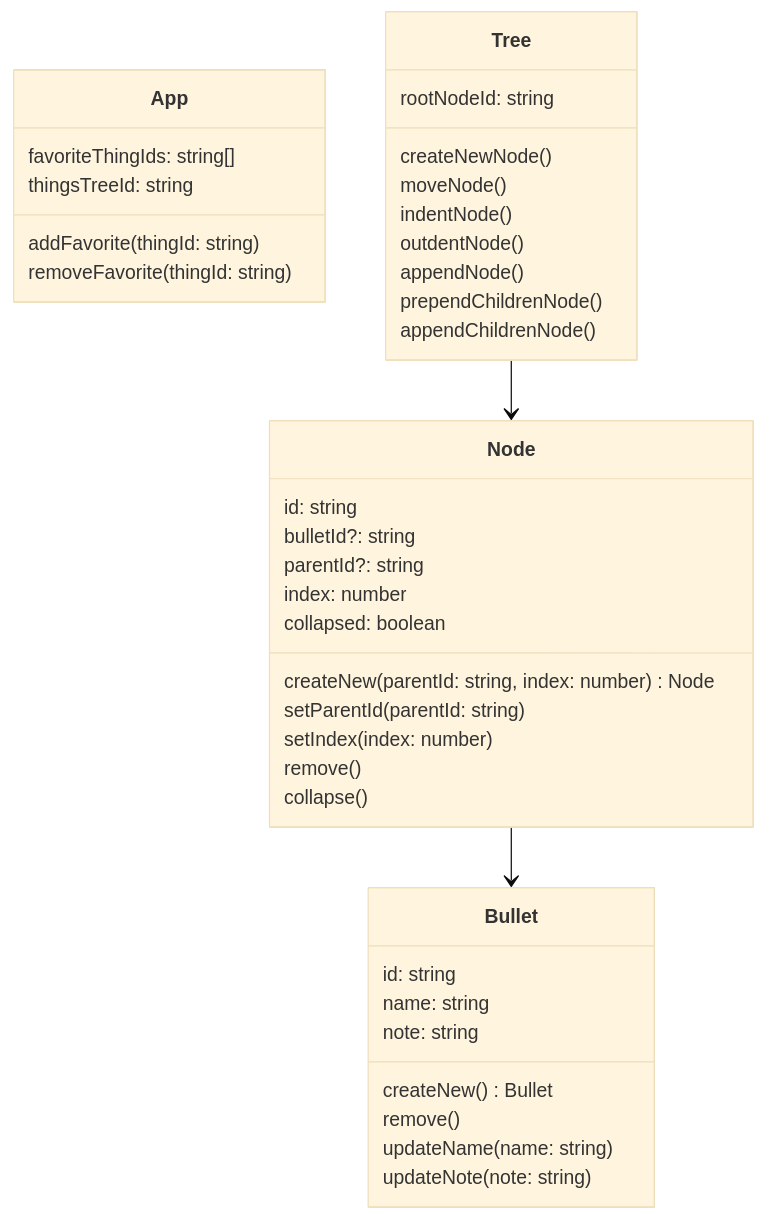
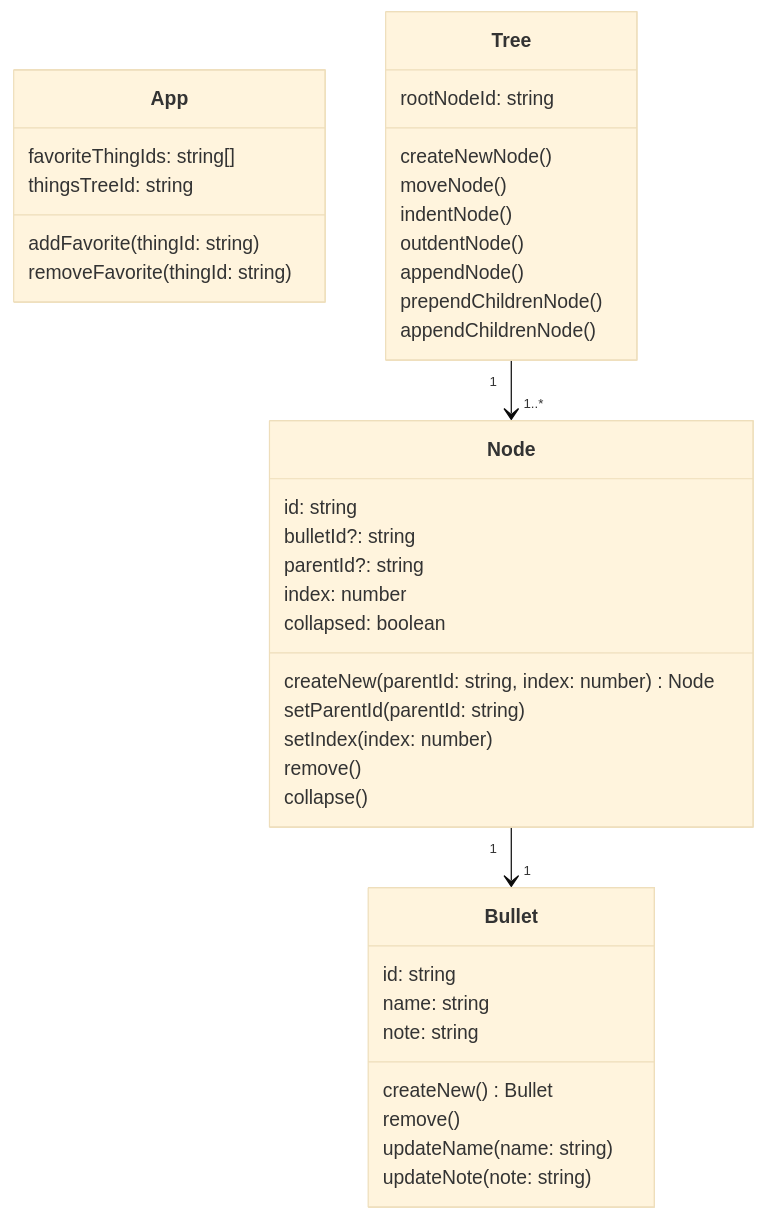
Before and after one commit to wes5510/voyl: the diagram in README.md, drawn with Mermaid (base theme).

Commit message:
chore: Add related links to classes

````diff
--- a/README.md
+++ b/README.md
@@ -37,46 +37,46 @@
 ```mermaid
 classDiagram
 	class App {
 		favoriteThingIds: string[]
 		thingsTreeId: string
 		addFavorite(thingId: string)
 		removeFavorite(thingId: string)
 	}
 	
 	class Bullet {
 		id: string
 		name: string
 		note: string
 	  createNew() Bullet
 	  remove()
 	  updateName(name: string)
 	  updateNote(note: string)
 	}
 	
 	class Tree {
 		rootNodeId: string
 		createNewNode()
 		moveNode()
 		indentNode()
 		outdentNode()
 		appendNode()
 		prependChildrenNode()
 		appendChildrenNode()
 	}
 	
 	class Node {
 		id: string
 		bulletId?: string
 		parentId?: string
 		index: number
 		collapsed: boolean
 		createNew(parentId: string, index: number) Node
 		setParentId(parentId: string)
 		setIndex(index: number)
 		remove()
 		collapse()
 	}
 	
-	Tree --> Node
-	Node --> Bullet
+	Tree "1" --> "1..*" Node
+	Node "1" --> "1" Bullet
 ```
````
